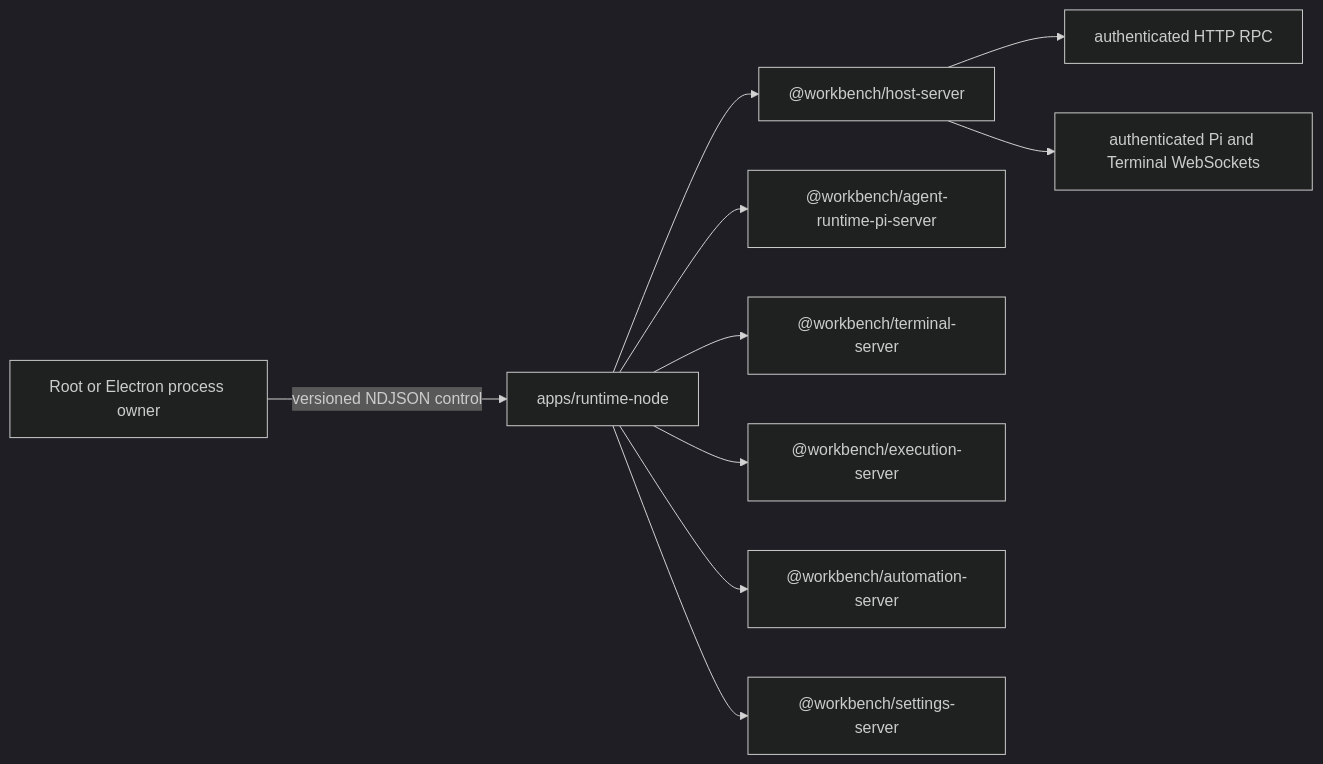
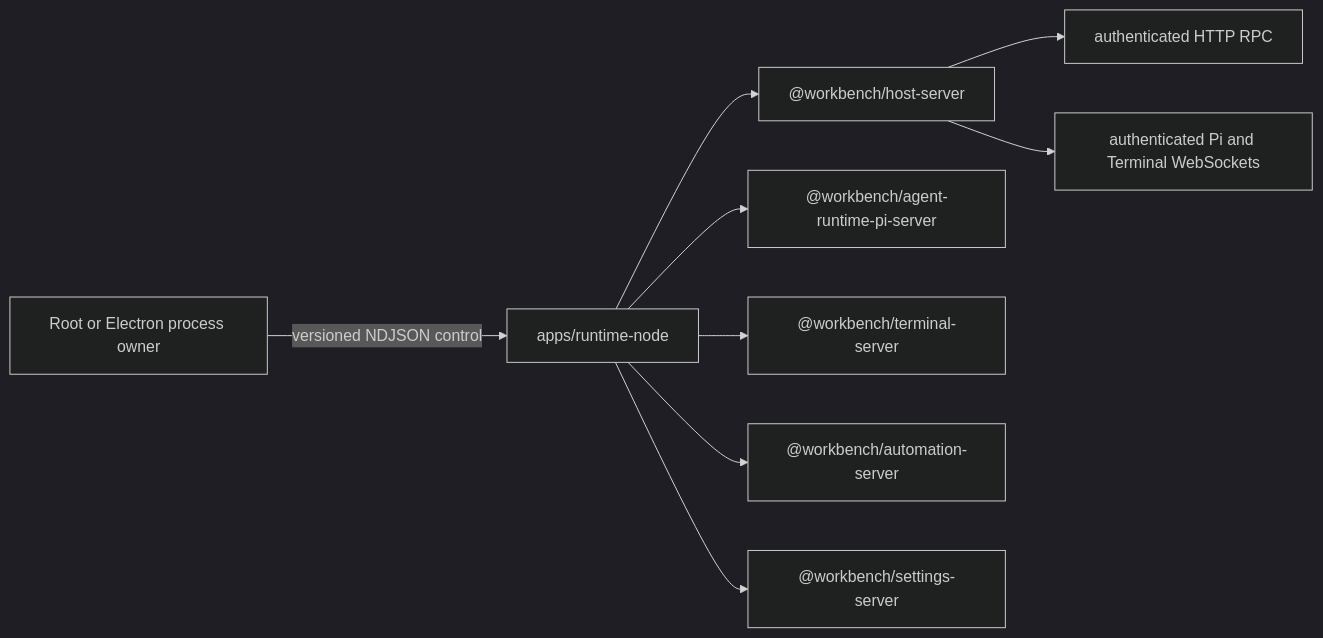
Before and after one commit to yyy0107/pi-workbench: the diagram in apps/runtime-node/README.md, drawn with Mermaid (dark theme). The commit also changed other lines of this file and 139 other files, not shown here.

````diff
--- a/apps/runtime-node/README.md
+++ b/apps/runtime-node/README.md
@@ -8,12 +8,11 @@
 ```mermaid
 flowchart LR
   OWNER["Root or Electron process owner"] -->|"versioned NDJSON control"| APP["apps/runtime-node"]
   APP --> HOST["@workbench/host-server"]
   APP --> PI["@workbench/agent-runtime-pi-server"]
   APP --> TERMINAL["@workbench/terminal-server"]
-  APP --> EXECUTION["@workbench/execution-server"]
   APP --> AUTOMATION["@workbench/automation-server"]
   APP --> SETTINGS["@workbench/settings-server"]
   HOST --> HTTP["authenticated HTTP RPC"]
   HOST --> WS["authenticated Pi and Terminal WebSockets"]
 ```
````
